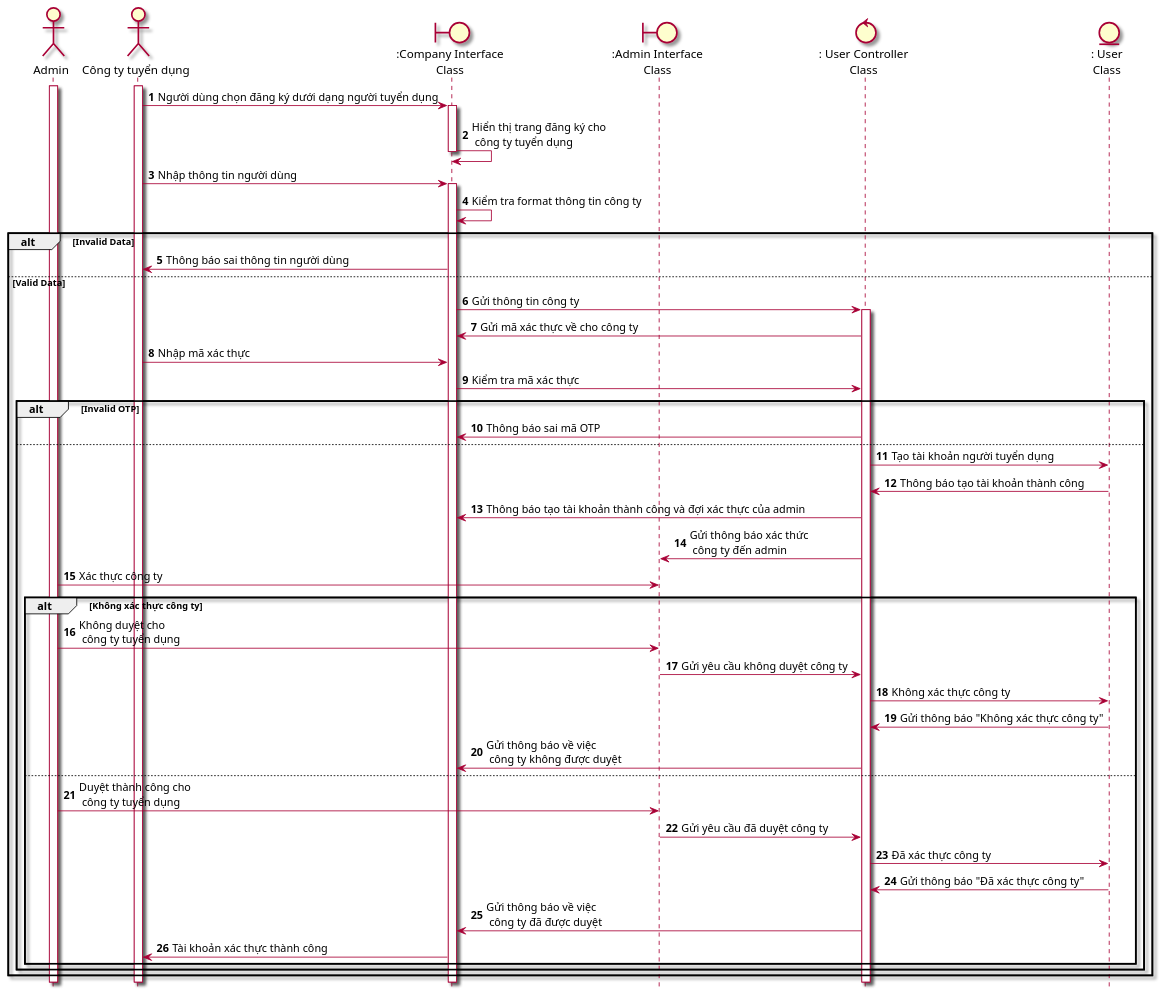
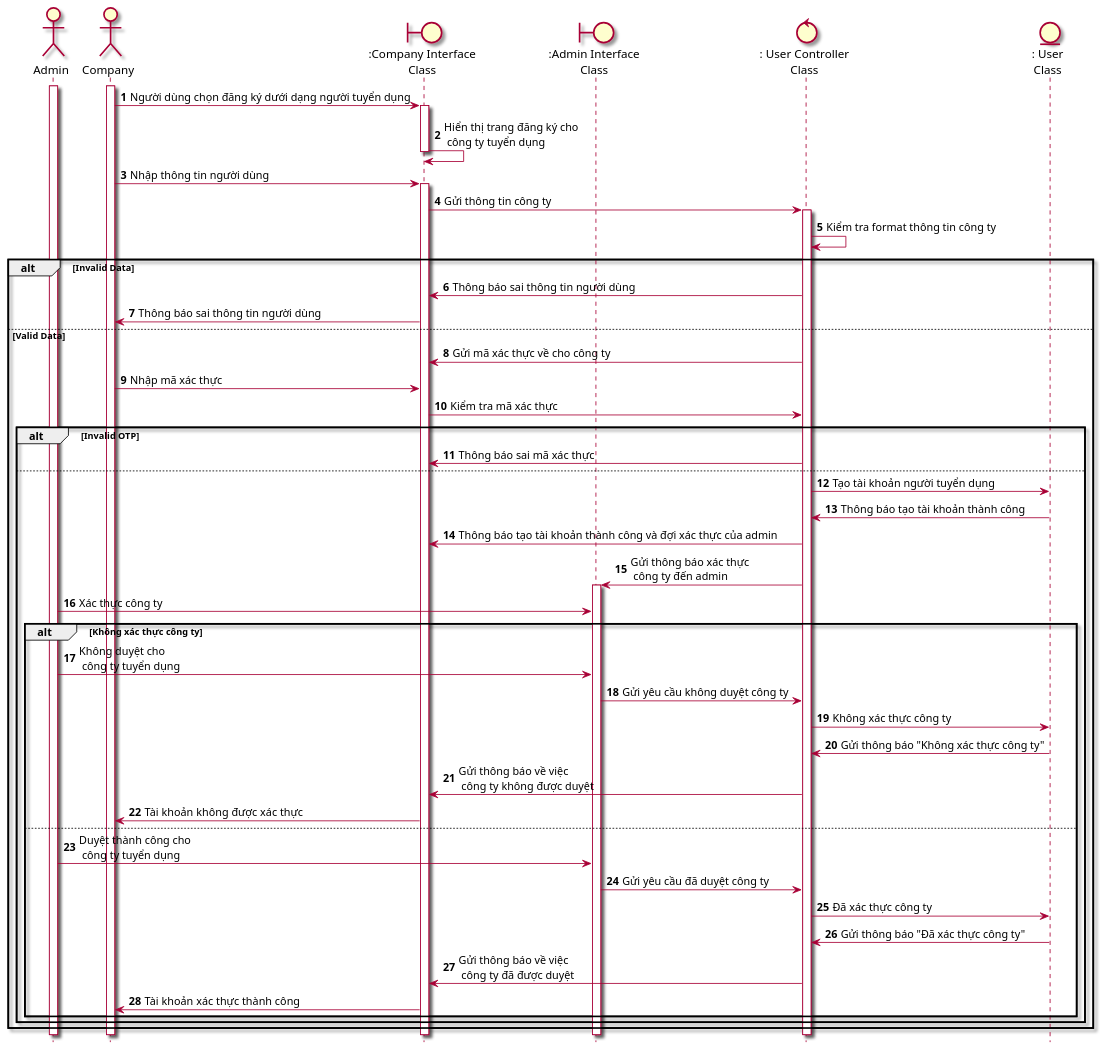
Before and after one commit to Griselda4774/EAS-EmploymentAssistanceSystem: the diagram in Lab1/Lab 1.2 Diagram/Sequence/FilePUML/1.2 SeqDangKy(CongTy).puml, drawn with PlantUML. The commit also changed 20 other files, not shown here.

```diff
--- a/Lab1/Lab 1.2 Diagram/Sequence/FilePUML/1.2 SeqDangKy(CongTy).puml
+++ b/Lab1/Lab 1.2 Diagram/Sequence/FilePUML/1.2 SeqDangKy(CongTy).puml
@@ -1,50 +1,53 @@
-@startuml SeqDangKyCongTy
+@startuml SeqDangKycompany
 skin rose
 hide footbox
 actor admin as "Admin"
-actor congTy as "Công ty tuyển dụng"
+actor company as "Company"
 boundary ":Company Interface\nClass" as companyInterface
 boundary ":Admin Interface\nClass" as adminInteface
 control ": User Controller\nClass" as userController
 entity User as ": User\nClass" 
 autonumber
-congTy++
+company++
 admin++
-congTy -> companyInterface++ : Người dùng chọn đăng ký dưới dạng người tuyển dụng 
+company -> companyInterface++ : Người dùng chọn đăng ký dưới dạng người tuyển dụng 
 companyInterface -> companyInterface-- : Hiển thị trang đăng ký cho\n công ty tuyển dụng
-congTy -> companyInterface++: Nhập thông tin người dùng
-companyInterface -> companyInterface: Kiểm tra format thông tin công ty
+company -> companyInterface++: Nhập thông tin người dùng
+companyInterface -> userController++: Gửi thông tin công ty
+userController -> userController: Kiểm tra format thông tin công ty
 
 alt Invalid Data
-    companyInterface ->congTy: Thông báo sai thông tin người dùng
+    userController ->companyInterface: Thông báo sai thông tin người dùng
+    companyInterface ->company: Thông báo sai thông tin người dùng
 else Valid Data
-    companyInterface -> userController++: Gửi thông tin công ty
     userController -> companyInterface: Gửi mã xác thực về cho công ty
-    congTy -> companyInterface: Nhập mã xác thực 
+    company -> companyInterface: Nhập mã xác thực 
     companyInterface -> userController: Kiểm tra mã xác thực
     alt Invalid OTP
-        userController -> companyInterface : Thông báo sai mã OTP
+        userController -> companyInterface : Thông báo sai mã xác thực  
     else
         userController -> User: Tạo tài khoản người tuyển dụng
         User -> userController: Thông báo tạo tài khoản thành công
         userController -> companyInterface: Thông báo tạo tài khoản thành công và đợi xác thực của admin 
-        userController -> adminInteface: Gửi thông báo xác thức\n công ty đến admin
+        userController -> adminInteface++: Gửi thông báo xác thực\n công ty đến admin
         admin -> adminInteface: Xác thực công ty
         alt Không xác thực công ty
         admin -> adminInteface: Không duyệt cho\n công ty tuyển dụng
         adminInteface -> userController: Gửi yêu cầu không duyệt công ty
         userController -> User: Không xác thực công ty
         User -> userController: Gửi thông báo "Không xác thực công ty"
         userController -> companyInterface: Gửi thông báo về việc\n công ty không được duyệt
+        companyInterface -> company: Tài khoản không được xác thực
+
         else
         admin -> adminInteface: Duyệt thành công cho\n công ty tuyển dụng
          adminInteface -> userController: Gửi yêu cầu đã duyệt công ty
         userController -> User: Đã xác thực công ty
         User -> userController: Gửi thông báo "Đã xác thực công ty"
         userController -> companyInterface: Gửi thông báo về việc\n công ty đã được duyệt  
-        companyInterface -> congTy: Tài khoản xác thực thành công
+        companyInterface -> company: Tài khoản xác thực thành công
 
         end
     end
 end
 @enduml
```
